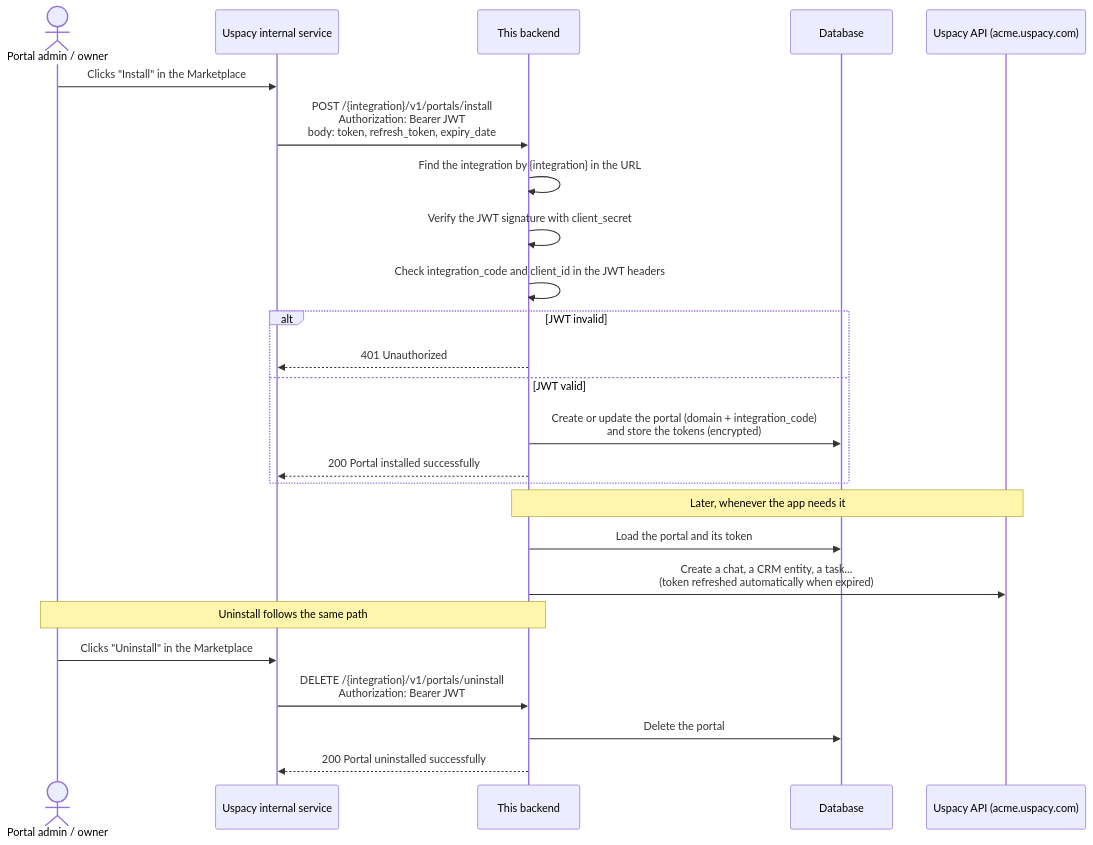
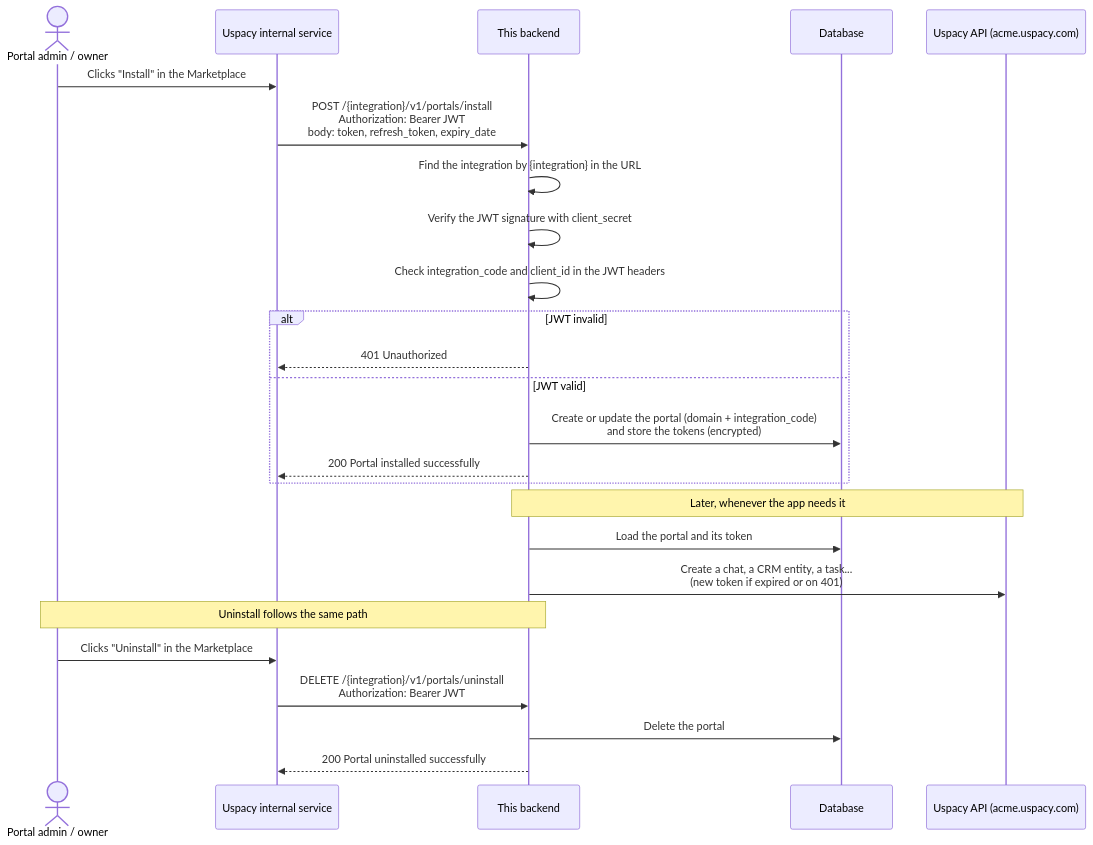
The diagram in README.md (Uspacy/app-laravel-template), drawn with Mermaid before and after one commit. The commit also changed other lines of this file and 1 other file, not shown here.

Commit message:
docs: describe token refresh on expiry and on 401
Clarify in README and AGENTS.md that a new token is fetched before a request if the stored one has expired, and on a 401 response, after which the request is retried and the new tokens are saved to the portal.

````diff
--- a/README.md
+++ b/README.md
@@ -19,30 +19,30 @@
 ```mermaid
 sequenceDiagram
     actor Admin as Portal admin / owner
     participant S as Uspacy internal service
     participant A as This backend
     participant DB as Database
     participant API as Uspacy API (acme.uspacy.com)
 
     Admin->>S: Clicks "Install" in the Marketplace
     S->>A: POST /{integration}/v1/portals/install<br/>Authorization: Bearer JWT<br/>body: token, refresh_token, expiry_date
     A->>A: Find the integration by {integration} in the URL
     A->>A: Verify the JWT signature with client_secret
     A->>A: Check integration_code and client_id in the JWT headers
     alt JWT invalid
         A-->>S: 401 Unauthorized
     else JWT valid
         A->>DB: Create or update the portal (domain + integration_code)<br/>and store the tokens (encrypted)
         A-->>S: 200 Portal installed successfully
     end
 
     Note over A,API: Later, whenever the app needs it
     A->>DB: Load the portal and its token
-    A->>API: Create a chat, a CRM entity, a task...<br/>(token refreshed automatically when expired)
+    A->>API: Create a chat, a CRM entity, a task...<br/>(new token if expired or on 401)
 
     Note over Admin,A: Uninstall follows the same path
     Admin->>S: Clicks "Uninstall" in the Marketplace
     S->>A: DELETE /{integration}/v1/portals/uninstall<br/>Authorization: Bearer JWT
     A->>DB: Delete the portal
     A-->>S: 200 Portal uninstalled successfully
 ```
````
